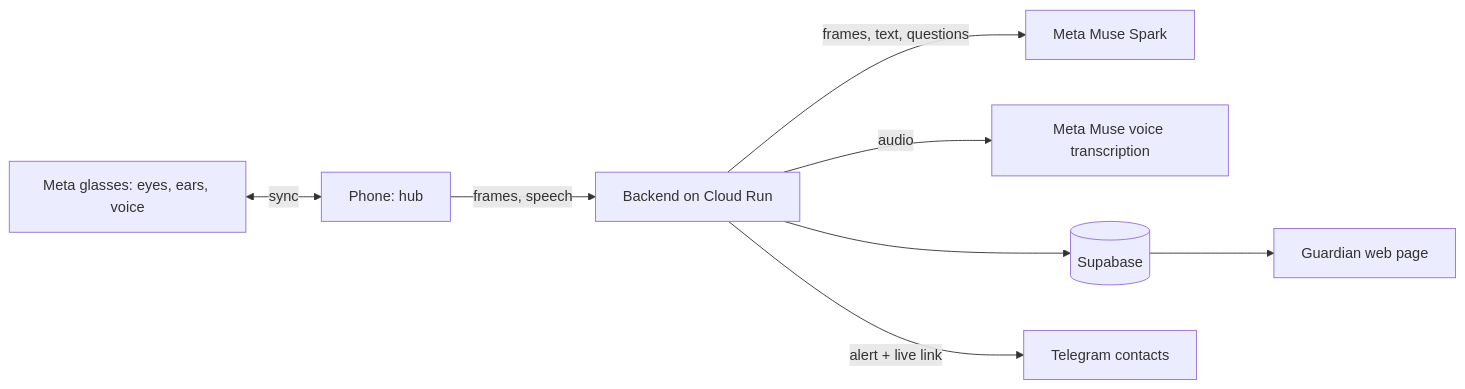
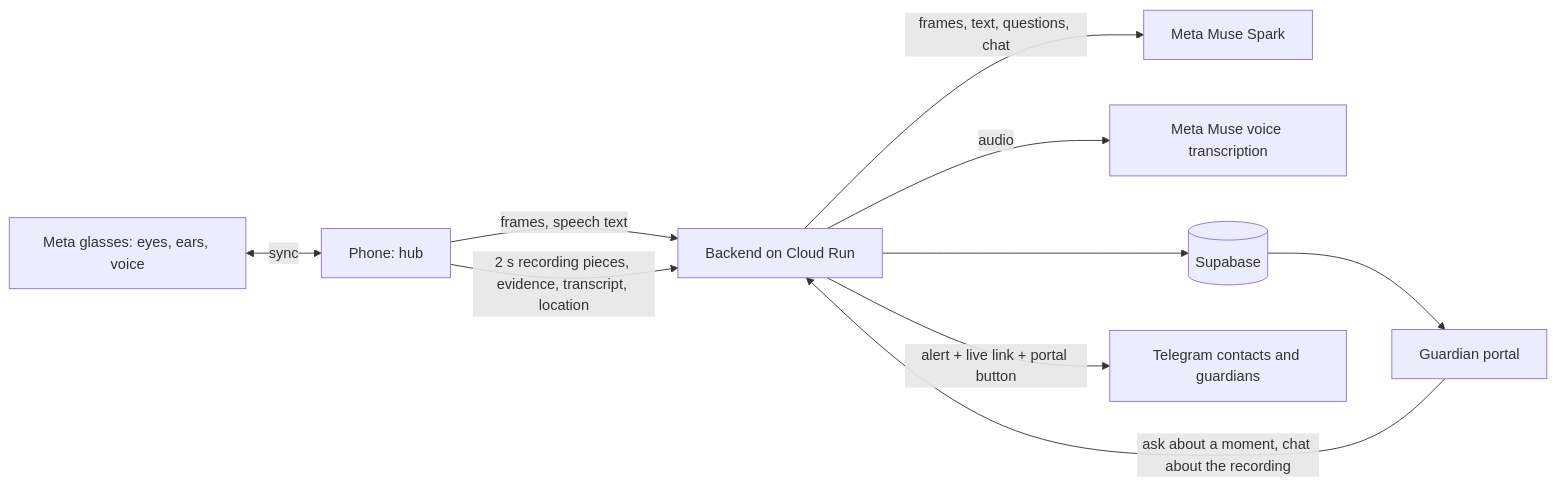
Before and after one commit to ujj14kal/safeguard: the diagram in README.md, drawn with Mermaid. The commit also changed other lines of this file and 1 other file, not shown here.

Commit message:
Rewrite the README to cover every feature, the guardian chat, the full flow and the updated stack

````diff
--- a/README.md
+++ b/README.md
@@ -182,10 +253,12 @@
 ```mermaid
 flowchart LR
   G[Meta glasses: eyes, ears, voice] <-->|sync| P[Phone: hub]
-  P -->|frames, speech| B[Backend on Cloud Run]
-  B -->|frames, text, questions| M[Meta Muse Spark]
+  P -->|frames, speech text| B[Backend on Cloud Run]
+  P -->|2 s recording pieces, evidence, transcript, location| B
+  B -->|frames, text, questions, chat| M[Meta Muse Spark]
   B -->|audio| A[Meta Muse voice transcription]
   B --> S[(Supabase)]
-  B -->|alert + live link| T[Telegram contacts]
-  S --> W[Guardian web page]
+  B -->|alert + live link + portal button| T[Telegram contacts and guardians]
+  S --> W[Guardian portal]
+  W -->|ask about a moment, chat about the recording| B
 ```
````
